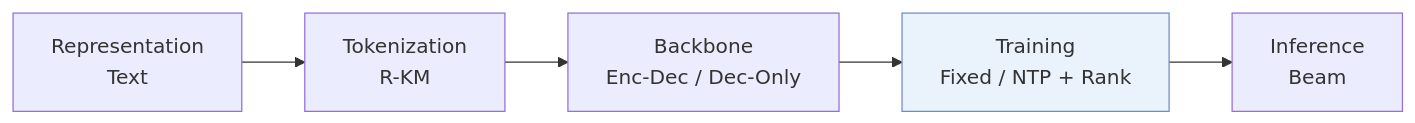
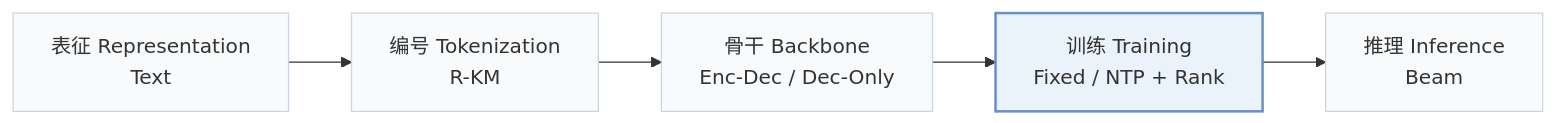
The first of 2 diagrams in pages/zh/papers/apao.md (Galaxy-ghost/Awesome-SID-Generative-Rec), drawn with Mermaid before and after one commit. The commit also changed other lines of this file and 649 other files, not shown here.

Commit message:
writer-05: also tags and modality index (schema, check, build, visuals); summary field removed; calibration data for 12 papers

````diff
--- a/pages/zh/papers/apao.md
+++ b/pages/zh/papers/apao.md
@@ -13,6 +15,8 @@
 ```mermaid
 flowchart LR
-    R["Representation<br/>Text"] --> T["Tokenization<br/>R-KM"] --> B["Backbone<br/>Enc-Dec / Dec-Only"] --> TR["Training<br/>Fixed / NTP + Rank"] --> I["Inference<br/>Beam"]
-    classDef main fill:#eaf2fb,stroke:#6b8fc7
+    R["表征 Representation<br/>Text"] --> T["编号 Tokenization<br/>R-KM"] --> B["骨干 Backbone<br/>Enc-Dec / Dec-Only"] --> TR["训练 Training<br/>Fixed / NTP + Rank"] --> I["推理 Inference<br/>Beam"]
+    classDef base fill:#f8fafc,stroke:#cbd5e1
+    class R,T,B,TR,I base
+    classDef main fill:#eaf2fb,stroke:#6b8fc7,stroke-width:2px
     class TR main
 ```
````
